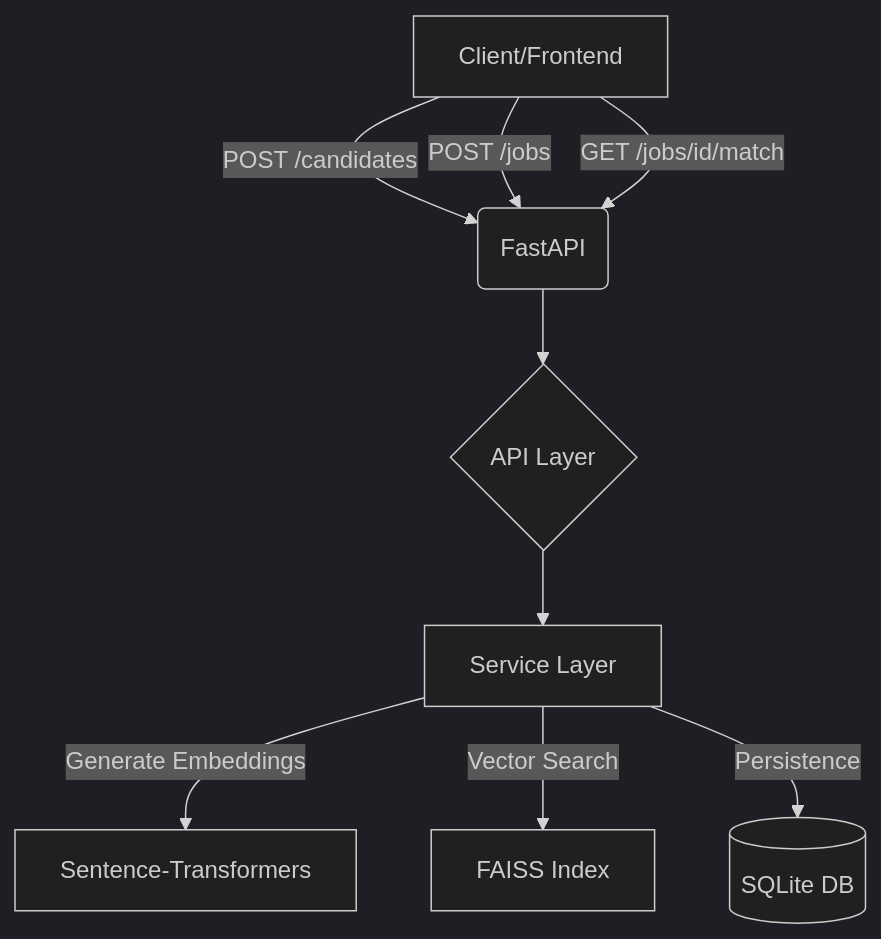
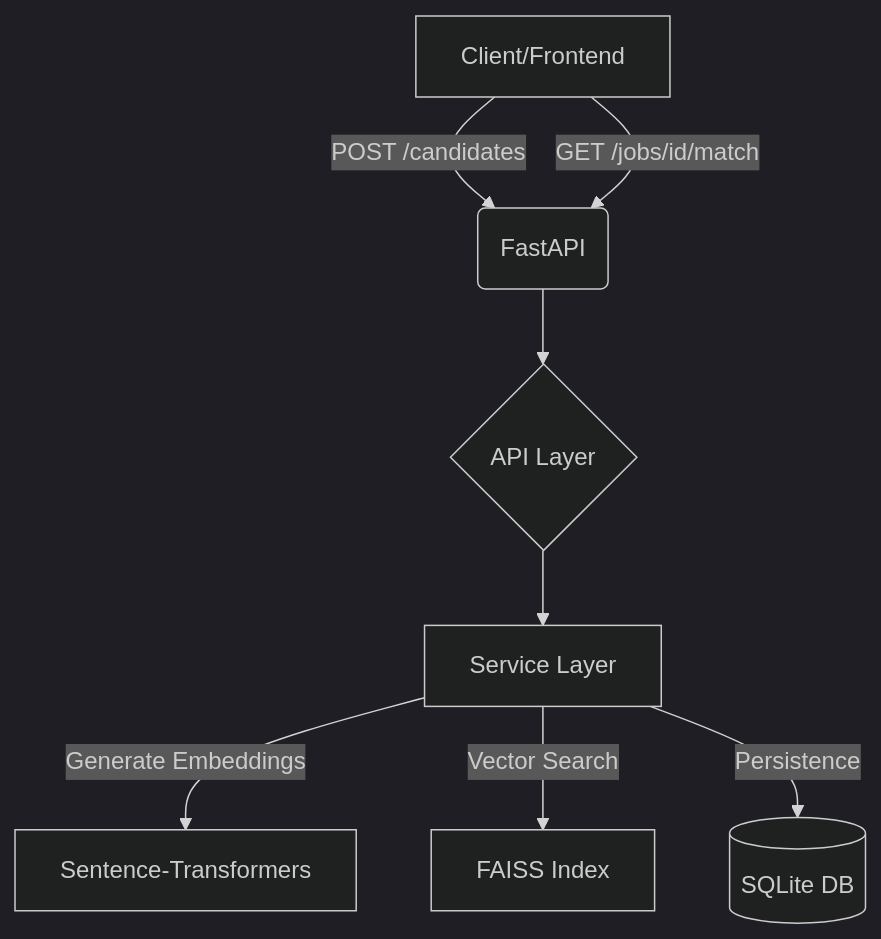
Before and after one commit to WaliKhan09/Candidate-Job-Matching-Engine: the diagram in README.md, drawn with Mermaid (dark theme). The commit also changed other lines of this file and 10 other files, not shown here.

````diff
--- a/README.md
+++ b/README.md
@@ -42,11 +42,10 @@
 ```mermaid
 graph TD
     A[Client/Frontend] -->|POST /candidates| B(FastAPI)
-    A -->|POST /jobs| B
     A -->|GET /jobs/id/match| B
     B --> C{API Layer}
     C --> D[Service Layer]
     D -->|Generate Embeddings| E[Sentence-Transformers]
     D -->|Vector Search| F[FAISS Index]
     D -->|Persistence| G[(SQLite DB)]
 ```
````
